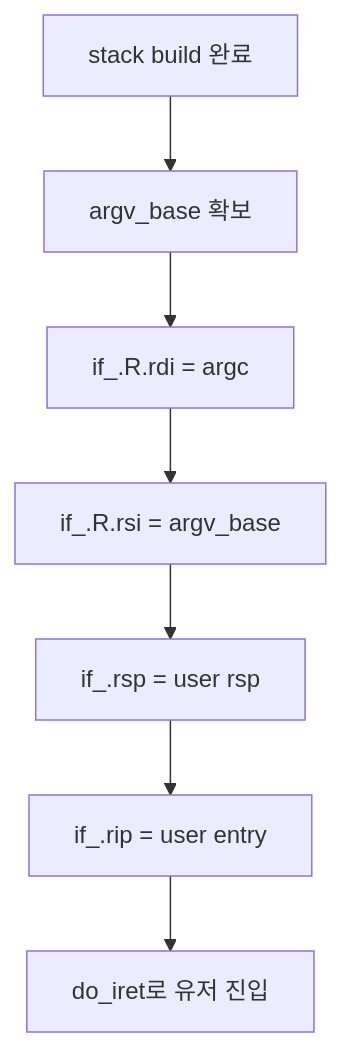
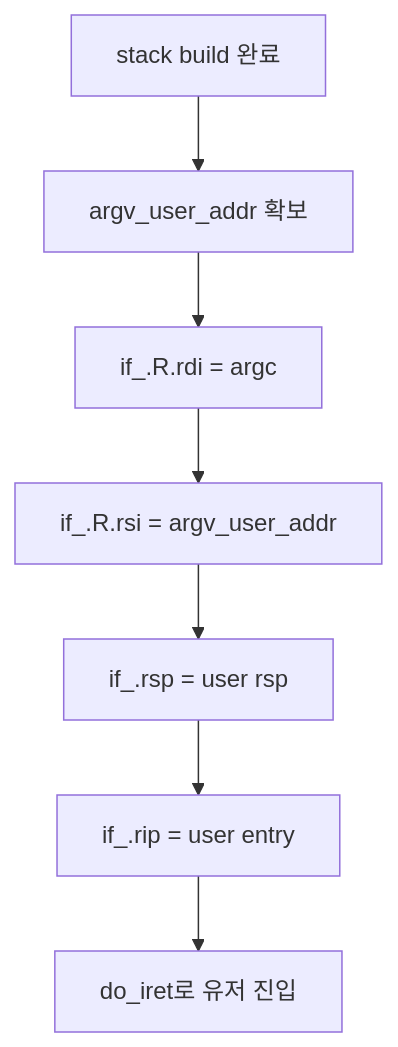
One commit to tail1887/PINTOS-VM changed the diagram in pintos/doc/taejung_files/2. week2/study/2. test-notes/argument_passing/1. feature/04-feature-register-setup-and-entry.md. Above: the diagram before and after it, drawn with Mermaid. The commit also changed other lines of this file and 3 other files, not shown here.

````diff
--- a/pintos/doc/taejung_files/2. week2/study/2. test-notes/argument_passing/1. feature/04-feature-register-setup-and-entry.md
+++ b/pintos/doc/taejung_files/2. week2/study/2. test-notes/argument_passing/1. feature/04-feature-register-setup-and-entry.md
@@ -23,9 +23,9 @@
 ```mermaid
 flowchart TD
-  A[stack build 완료] --> B[argv_base 확보]
+  A[stack build 완료] --> B[argv_user_addr 확보]
   B --> C[if_.R.rdi = argc]
-  C --> D[if_.R.rsi = argv_base]
+  C --> D[if_.R.rsi = argv_user_addr]
   D --> E[if_.rsp = user rsp]
   E --> F[if_.rip = user entry]
   F --> G[do_iret로 유저 진입]
 ```
````
